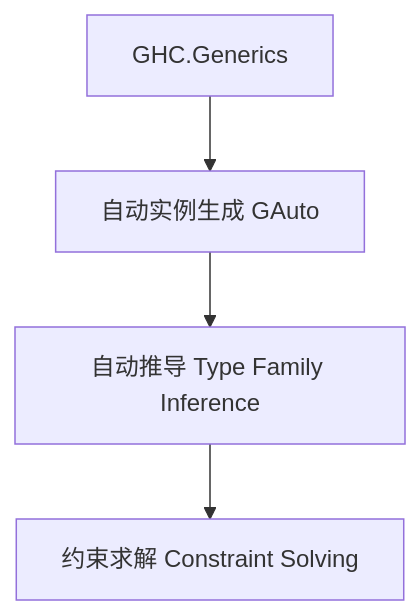
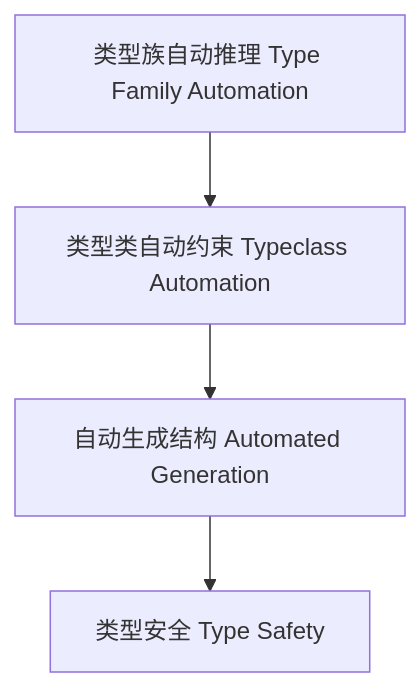
The diagram in docs/analysis/Type/01-Type-Level-Generic-Automation.md (AdaMartin18010/haskell), drawn with Mermaid before and after one commit. The commit also changed other lines of this file and 11 other files, not shown here.

````diff
--- a/docs/analysis/Type/01-Type-Level-Generic-Automation.md
+++ b/docs/analysis/Type/01-Type-Level-Generic-Automation.md
@@ -66,6 +62,6 @@
 ```mermaid
 graph TD
-  A[GHC.Generics] --> B[自动实例生成 GAuto]
-  B --> C[自动推导 Type Family Inference]
-  C --> D[约束求解 Constraint Solving]
+  A[类型族自动推理 Type Family Automation] --> B[类型类自动约束 Typeclass Automation]
+  B --> C[自动生成结构 Automated Generation]
+  C --> D[类型安全 Type Safety]
 ```
````
